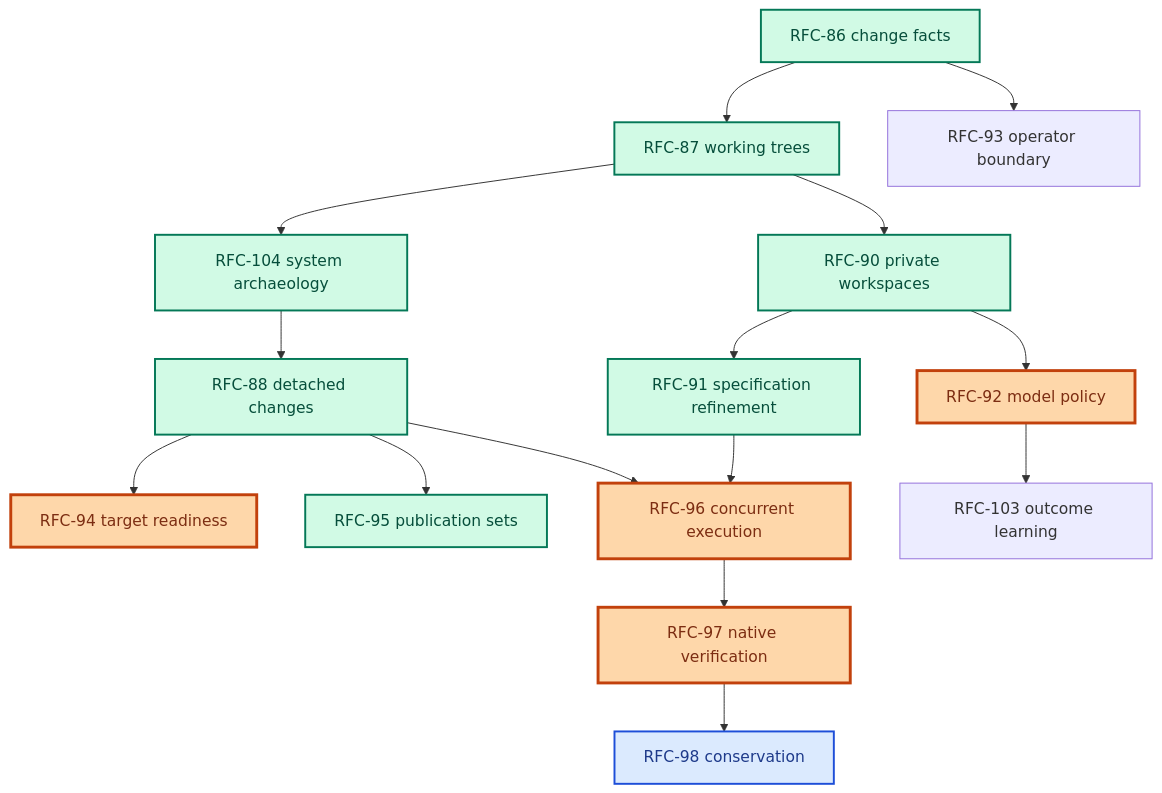
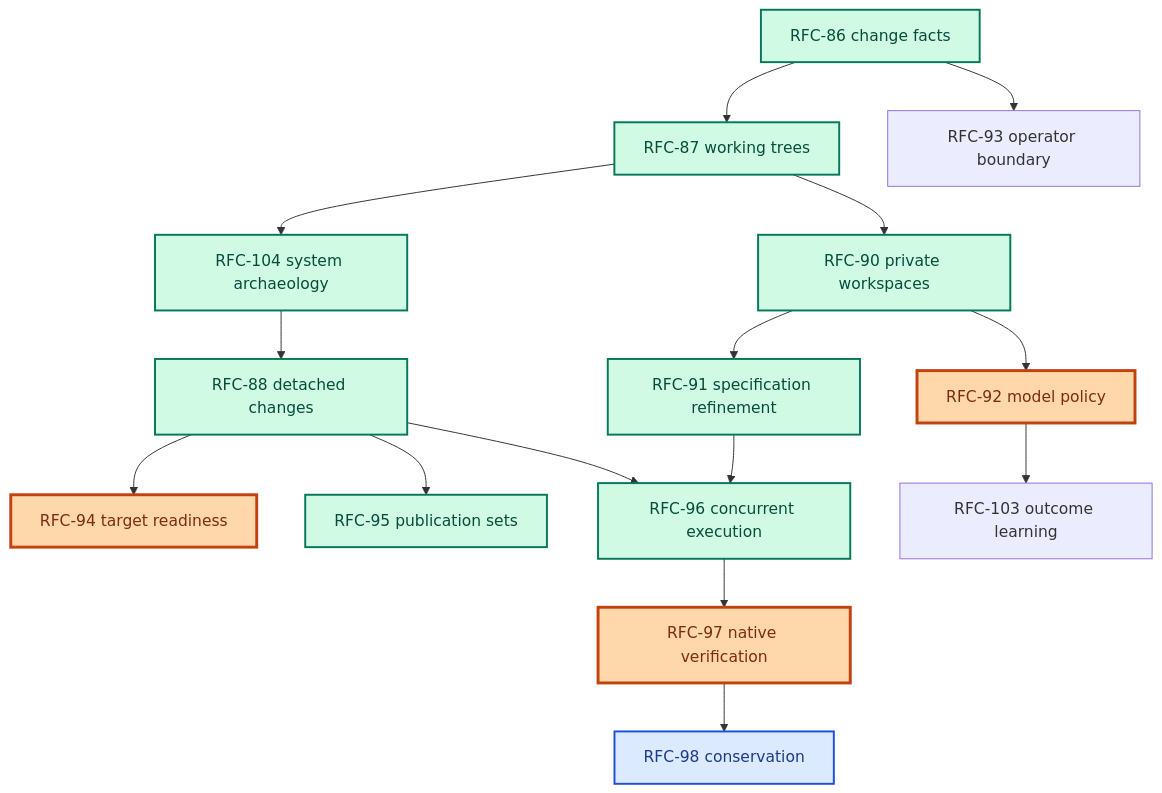
The diagram in rfcs/platform.md (augentic/anvil), drawn with Mermaid before and after one commit. The commit also changed other lines of this file and 2 other files, not shown here.

````diff
--- a/rfcs/platform.md
+++ b/rfcs/platform.md
@@ -23,24 +23,24 @@
 ```mermaid
 flowchart TD
     R86[RFC-86 change facts] --> R87[RFC-87 working trees]
     R86 --> R93[RFC-93 operator boundary]
     R87 --> R104[RFC-104 system archaeology]
     R87 --> R90[RFC-90 private workspaces]
     R104 --> R88[RFC-88 detached changes]
     R88 --> R94[RFC-94 target readiness]
     R88 --> R95[RFC-95 publication sets]
     R88 --> R96[RFC-96 concurrent execution]
     R90 --> R91[RFC-91 specification refinement]
     R90 --> R92[RFC-92 model policy]
     R91 --> R96[RFC-96 concurrent execution]
     R92 --> R103[RFC-103 outcome learning]
     R96 --> R97[RFC-97 native verification]
     R97 --> R98[RFC-98 conservation]
 
     classDef done fill:#d1fae5,stroke:#047857,color:#064e3b,stroke-width:2px
     classDef nearterm fill:#fed7aa,stroke:#c2410c,color:#7c2d12,stroke-width:3px
     classDef later fill:#dbeafe,stroke:#1d4ed8,color:#1e3a8a,stroke-width:2px
-    class R86,R87,R88,R90,R91,R104,R95 done
-    class R96,R92,R97,R94 nearterm
+    class R86,R87,R88,R90,R91,R104,R95,R96 done
+    class R92,R97,R94 nearterm
     class R98 later
 ```
````
